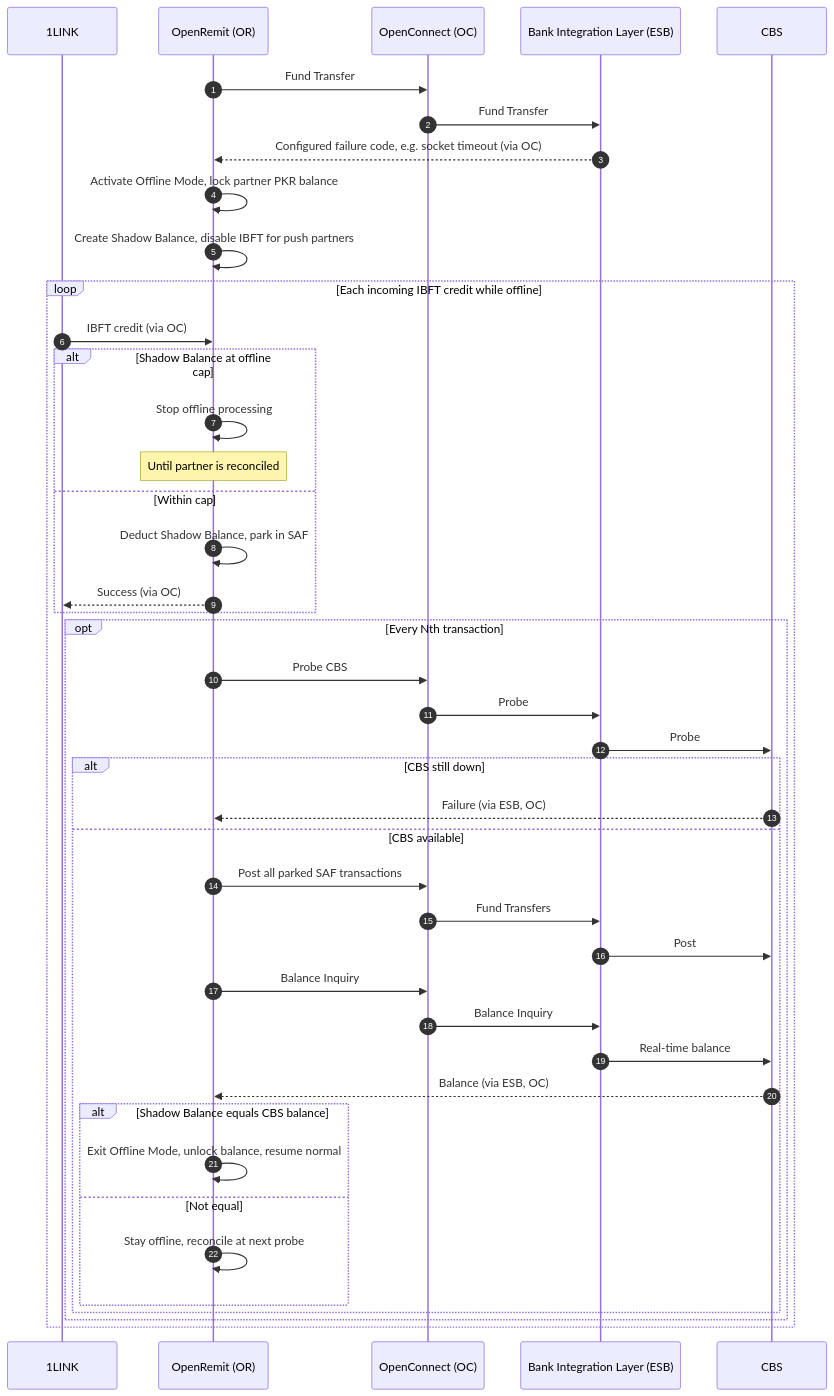
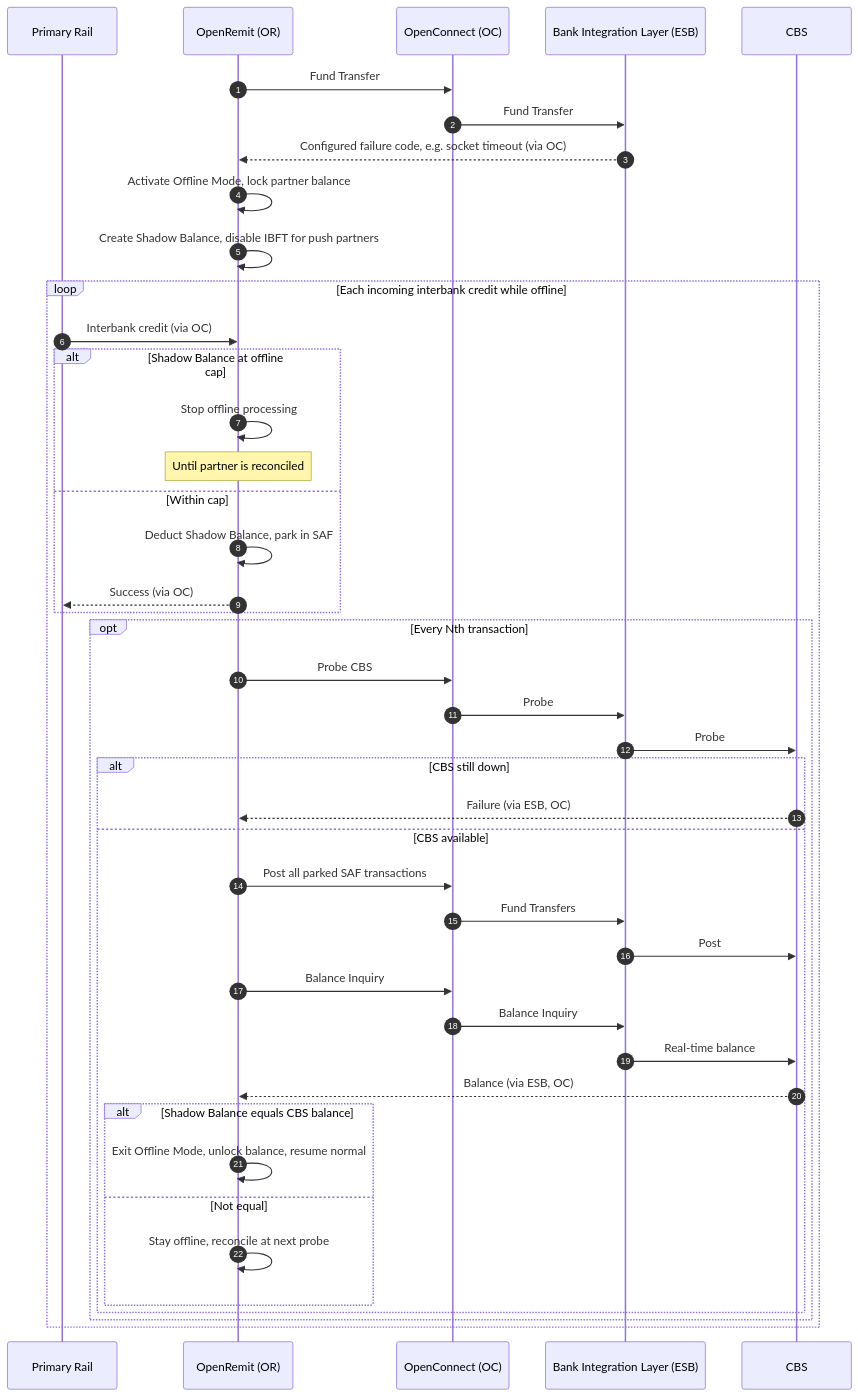
Before and after one commit to paysyslab/OpenRemit: the diagram in docs/features/financial/offline-transaction-mechanism.md, drawn with Mermaid. The commit also changed other lines of this file and 38 other files, not shown here.

````diff
--- a/docs/features/financial/offline-transaction-mechanism.md
+++ b/docs/features/financial/offline-transaction-mechanism.md
@@ -67,47 +67,47 @@
 ```mermaid
 sequenceDiagram
     autonumber
-    participant L1 as 1LINK
+    participant L1 as Primary Rail
     participant OR as OpenRemit (OR)
     participant OC as OpenConnect (OC)
     participant ESB as Bank Integration Layer (ESB)
     participant CBS
 
     OR->>OC: Fund Transfer
     OC->>ESB: Fund Transfer
     ESB-->>OR: Configured failure code, e.g. socket timeout (via OC)
-    OR->>OR: Activate Offline Mode, lock partner PKR balance
+    OR->>OR: Activate Offline Mode, lock partner balance
     OR->>OR: Create Shadow Balance, disable IBFT for push partners
 
-    loop Each incoming IBFT credit while offline
-        L1->>OR: IBFT credit (via OC)
+    loop Each incoming interbank credit while offline
+        L1->>OR: Interbank credit (via OC)
         alt Shadow Balance at offline cap
             OR->>OR: Stop offline processing
             Note over OR: Until partner is reconciled
         else Within cap
             OR->>OR: Deduct Shadow Balance, park in SAF
             OR-->>L1: Success (via OC)
         end
         opt Every Nth transaction
             OR->>OC: Probe CBS
             OC->>ESB: Probe
             ESB->>CBS: Probe
             alt CBS still down
                 CBS-->>OR: Failure (via ESB, OC)
             else CBS available
                 OR->>OC: Post all parked SAF transactions
                 OC->>ESB: Fund Transfers
                 ESB->>CBS: Post
                 OR->>OC: Balance Inquiry
                 OC->>ESB: Balance Inquiry
                 ESB->>CBS: Real-time balance
                 CBS-->>OR: Balance (via ESB, OC)
                 alt Shadow Balance equals CBS balance
                     OR->>OR: Exit Offline Mode, unlock balance, resume normal
                 else Not equal
                     OR->>OR: Stay offline, reconcile at next probe
                 end
             end
         end
     end
 ```
````
